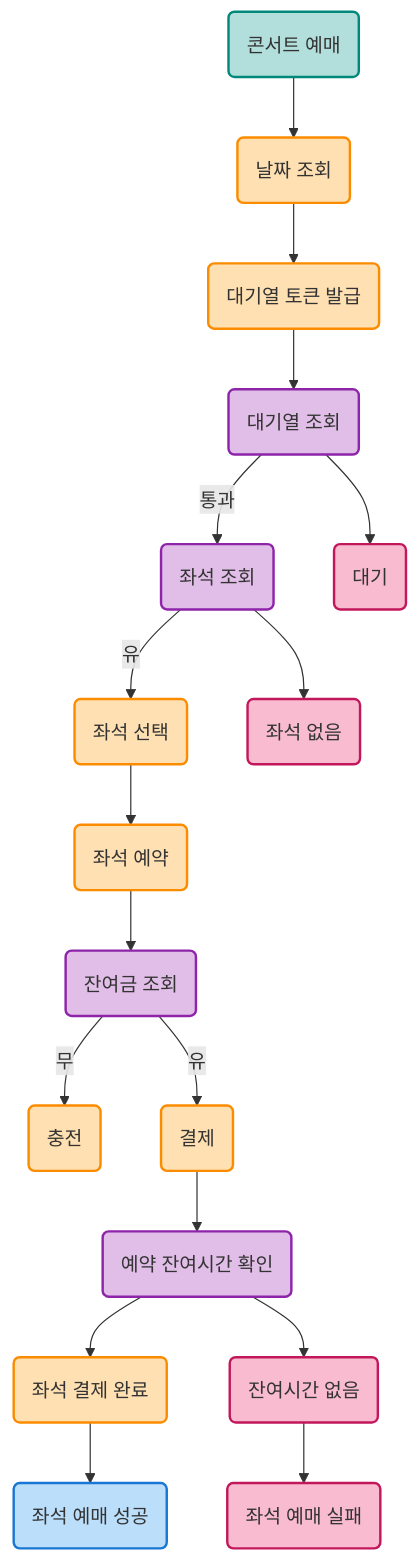
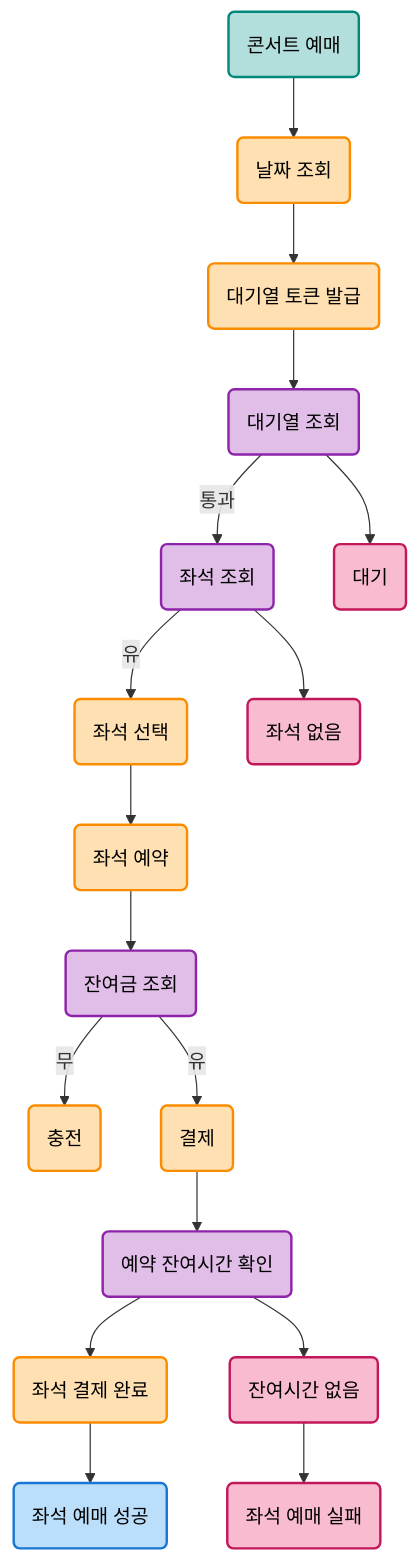
The first of 5 diagrams in README.md (JuGeonjeong/hhp-concert), drawn with Mermaid before and after one commit.

Commit message:
[FIX]font-black

````diff
--- a/README.md
+++ b/README.md
@@ -24,39 +24,39 @@
 ```mermaid
 flowchart TD
 %% Nodes
 A("콘서트 예매"):::green
 B("날짜 조회"):::orange
 C("대기열 토큰 발급"):::orange
 CA("대기열 조회"):::purple
 CAA("좌석 조회"):::purple
 CAB("대기"):::pink
 DA("좌석 선택"):::orange
 DB("좌석 없음"):::pink
 E("좌석 예약"):::orange
 F("잔여금 조회"):::purple
 FA("충전"):::orange
 G("결제"):::orange
 H("예약 잔여시간 확인"):::purple
 HA("잔여시간 없음"):::pink
 HAA("좌석 예매 실패"):::pink
 HB("좌석 결제 완료"):::orange
 HAB("좌석 예매 성공"):::blue
 
 %% Edges
 A --> B --> C
 C  --> CA
 CA -- 통과 --> CAA
 CA --> CAB
 CAA -- 유 --> DA --> E --> F -- 유 --> G --> H  --> HB --> HAB
 CAA --> DB
 F -- 무 --> FA
 H --> HA --> HAA
 
 %% Styling
-classDef green fill:#B2DFDB,stroke:#00897B,stroke-width:2px;
-classDef orange fill:#FFE0B2,stroke:#FB8C00,stroke-width:2px;
-classDef blue fill:#BBDEFB,stroke:#1976D2,stroke-width:2px;
-classDef yellow fill:#FFF9C4,stroke:#FBC02D,stroke-width:2px;
-classDef pink fill:#F8BBD0,stroke:#C2185B,stroke-width:2px;
-classDef purple fill:#E1BEE7,stroke:#8E24AA,stroke-width:2px;
+classDef green fill:#B2DFDB,stroke:#00897B,stroke-width:2px,color:#000;
+classDef orange fill:#FFE0B2,stroke:#FB8C00,stroke-width:2px,color:#000;
+classDef blue fill:#BBDEFB,stroke:#1976D2,stroke-width:2px,color:#000;
+classDef yellow fill:#FFF9C4,stroke:#FBC02D,stroke-width:2px,color:#000;
+classDef pink fill:#F8BBD0,stroke:#C2185B,stroke-width:2px,color:#000;
+classDef purple fill:#E1BEE7,stroke:#8E24AA,stroke-width:2px,color:#000;
 ```
````
